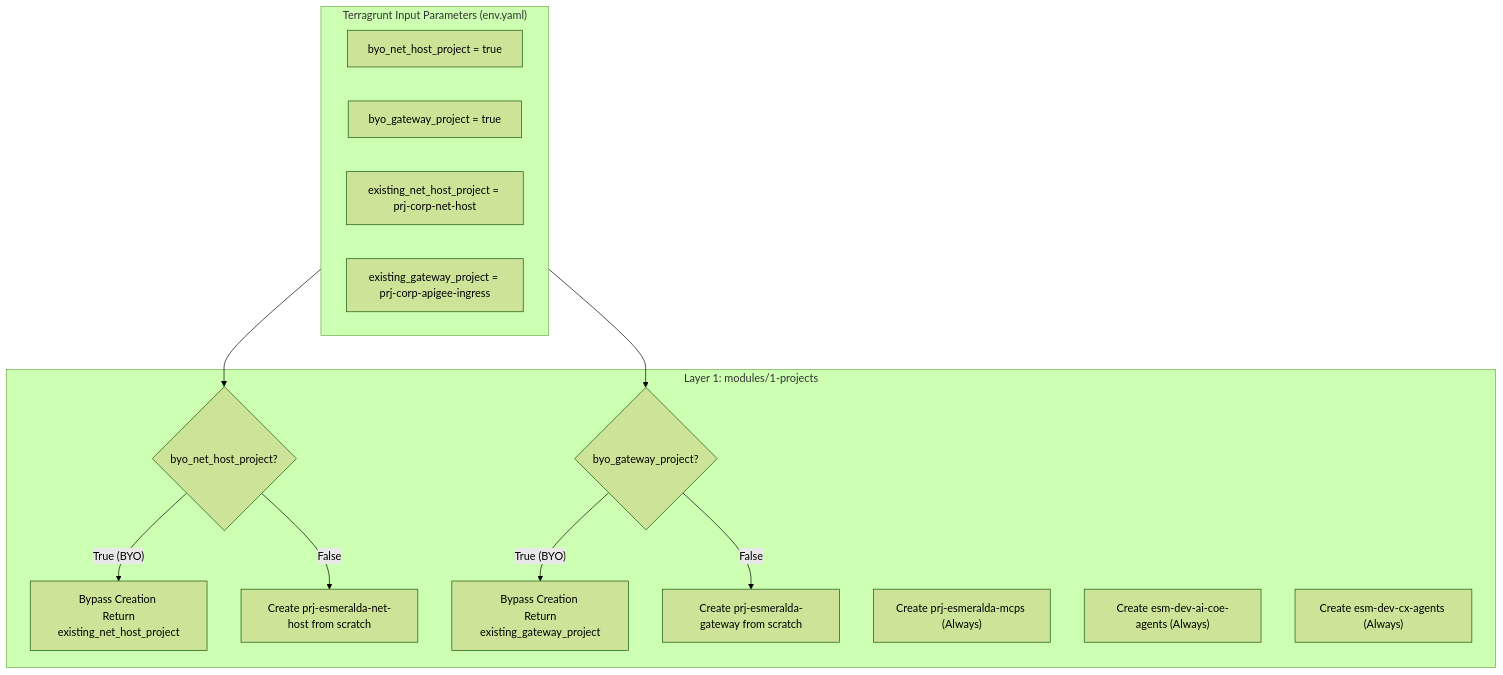
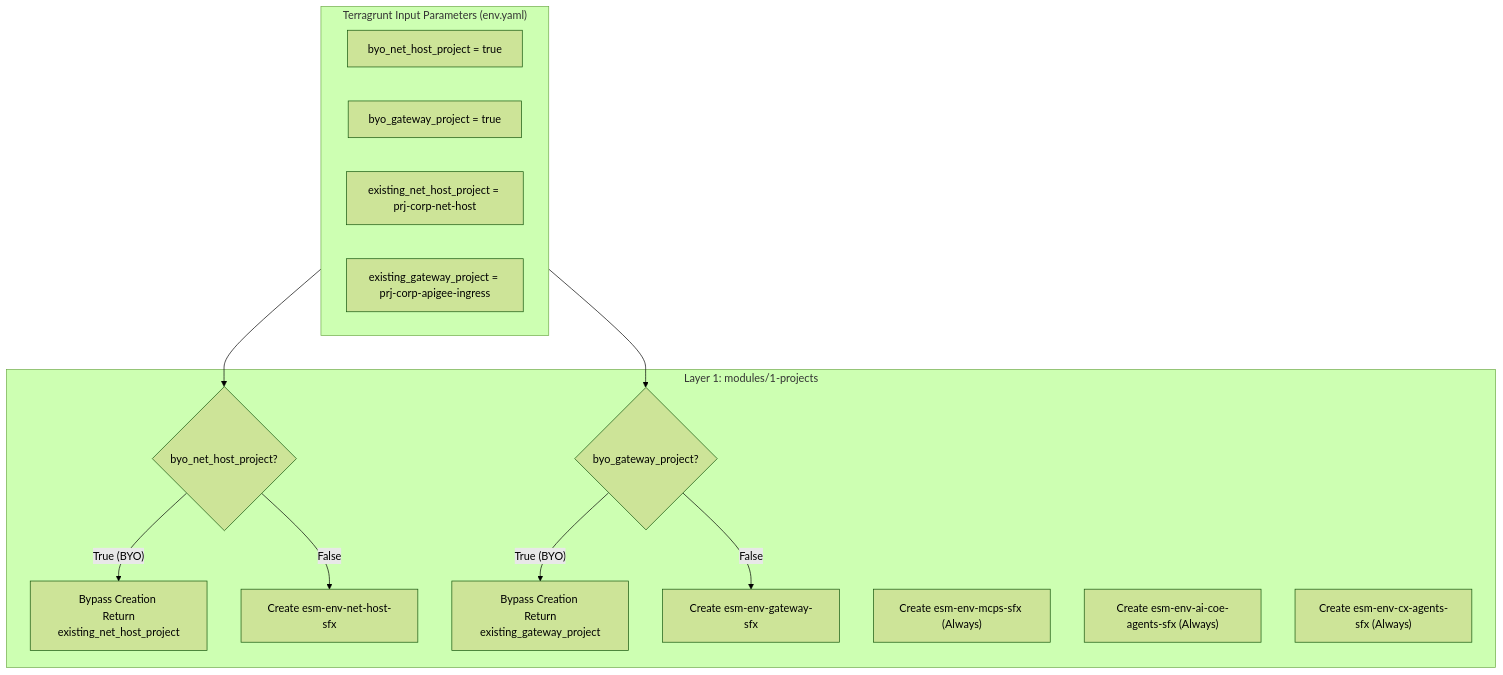
One commit to google/esmeralda changed the first of 2 diagrams in docs/1-platform-foundations/01-projects-and-finops.md. Above: the diagram before and after it, drawn with Mermaid (forest theme). The commit also changed other lines of this file and 15 other files, not shown here.

First line of the commit message:
docs: revise all docs for team-based names and current architecture

````diff
--- a/docs/1-platform-foundations/01-projects-and-finops.md
+++ b/docs/1-platform-foundations/01-projects-and-finops.md
@@ -51,27 +63,27 @@
 ```mermaid
 flowchart TD
     subgraph Inputs["Terragrunt Input Parameters (env.yaml)"]
         BYO_Net["byo_net_host_project = true"]
         BYO_Gwy["byo_gateway_project = true"]
         Exist_Net["existing_net_host_project = prj-corp-net-host"]
         Exist_Gwy["existing_gateway_project = prj-corp-apigee-ingress"]
     end
 
     subgraph Layer1["Layer 1: modules/1-projects"]
         Check_Net{byo_net_host_project?}
         Check_Gwy{byo_gateway_project?}
         
         Check_Net -- "True (BYO)" --> Skip_Net["Bypass Creation <br/> Return existing_net_host_project"]
-        Check_Net -- "False" --> Create_Net["Create prj-esmeralda-net-host from scratch"]
+        Check_Net -- "False" --> Create_Net["Create esm-env-net-host-sfx"]
         
         Check_Gwy -- "True (BYO)" --> Skip_Gwy["Bypass Creation <br/> Return existing_gateway_project"]
-        Check_Gwy -- "False" --> Create_Gwy["Create prj-esmeralda-gateway from scratch"]
+        Check_Gwy -- "False" --> Create_Gwy["Create esm-env-gateway-sfx"]
         
-        Create_MCPS["Create prj-esmeralda-mcps (Always)"]
-        Create_A2A["Create esm-dev-ai-coe-agents (Always)"]
-        Create_Root["Create esm-dev-cx-agents (Always)"]
+        Create_MCPS["Create esm-env-mcps-sfx (Always)"]
+        Create_AICOE["Create esm-env-ai-coe-agents-sfx (Always)"]
+        Create_CX["Create esm-env-cx-agents-sfx (Always)"]
     end
 
     Inputs --> Check_Net
     Inputs --> Check_Gwy
 ```
````
